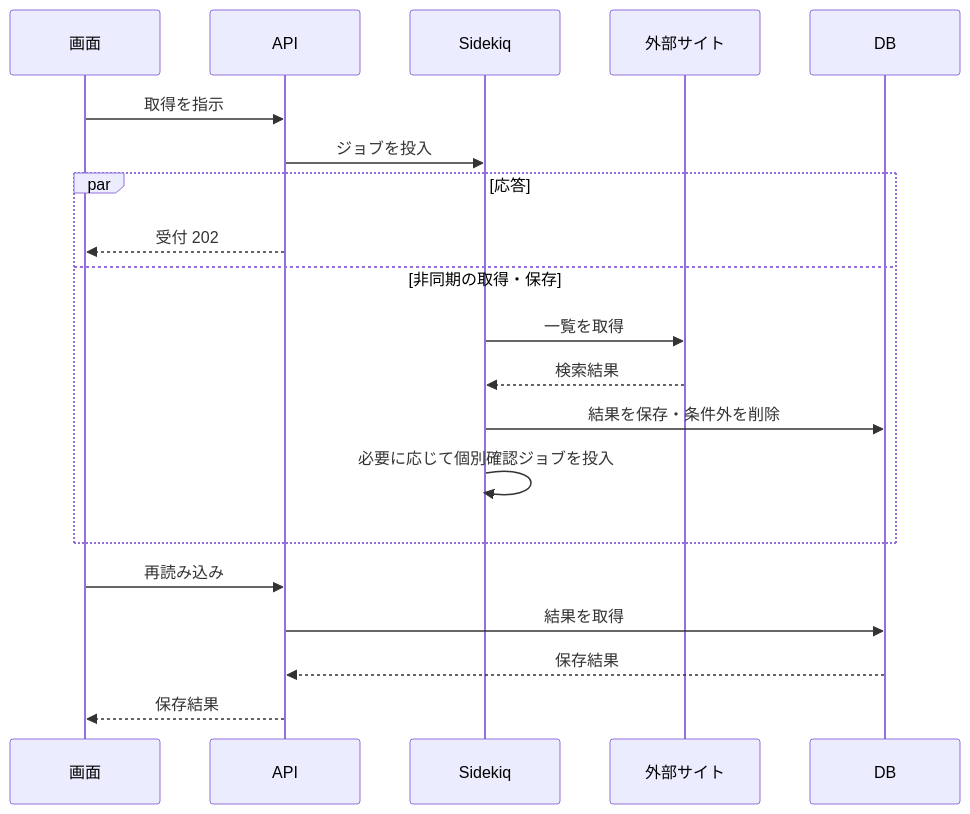
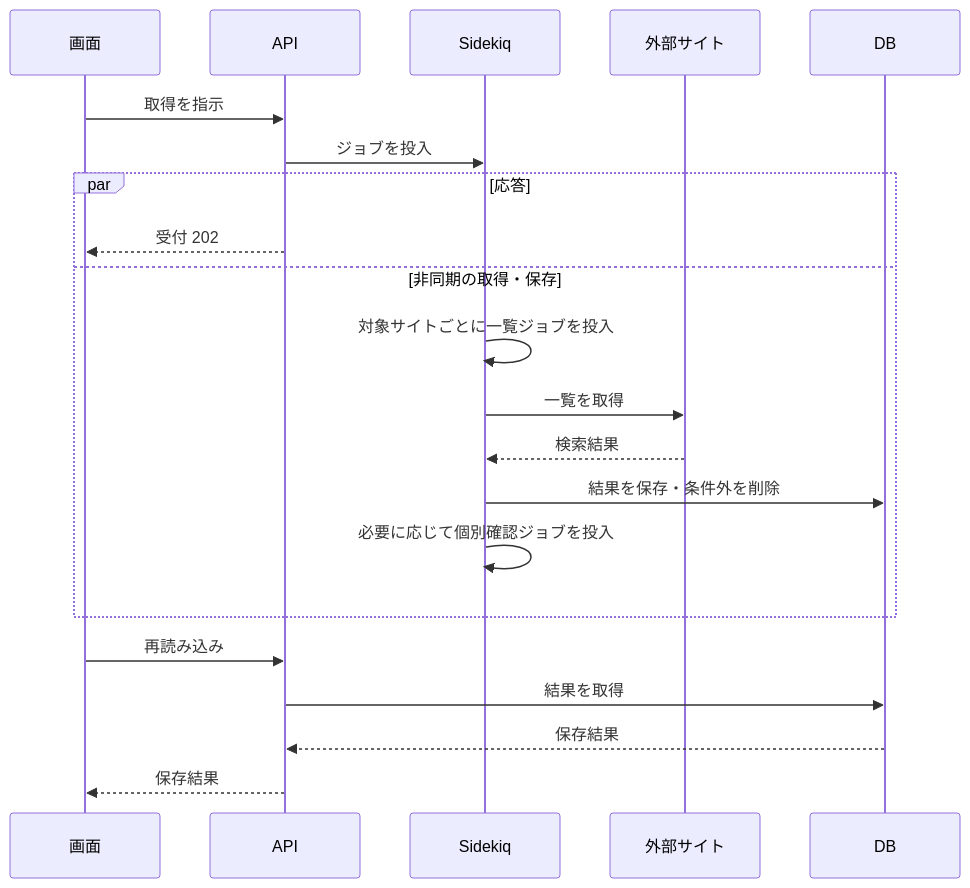
The third of 3 diagrams in docs/features/product-monitoring/index.md (kuroweb/price-monitoring), drawn with Mermaid before and after one commit. The commit also changed other lines of this file and 6 other files, not shown here.

````diff
--- a/docs/features/product-monitoring/index.md
+++ b/docs/features/product-monitoring/index.md
@@ -44,22 +44,23 @@
 ```mermaid
 sequenceDiagram
     participant UI as 画面
     participant API as API
     participant Jobs as Sidekiq
     participant Site as 外部サイト
     participant DB as DB
     UI->>API: 取得を指示
     API->>Jobs: ジョブを投入
     par 応答
         API-->>UI: 受付 202
     and 非同期の取得・保存
+        Jobs->>Jobs: 対象サイトごとに一覧ジョブを投入
         Jobs->>Site: 一覧を取得
         Site-->>Jobs: 検索結果
         Jobs->>DB: 結果を保存・条件外を削除
         Jobs->>Jobs: 必要に応じて個別確認ジョブを投入
     end
     UI->>API: 再読み込み
     API->>DB: 結果を取得
     DB-->>API: 保存結果
     API-->>UI: 保存結果
 ```
````
